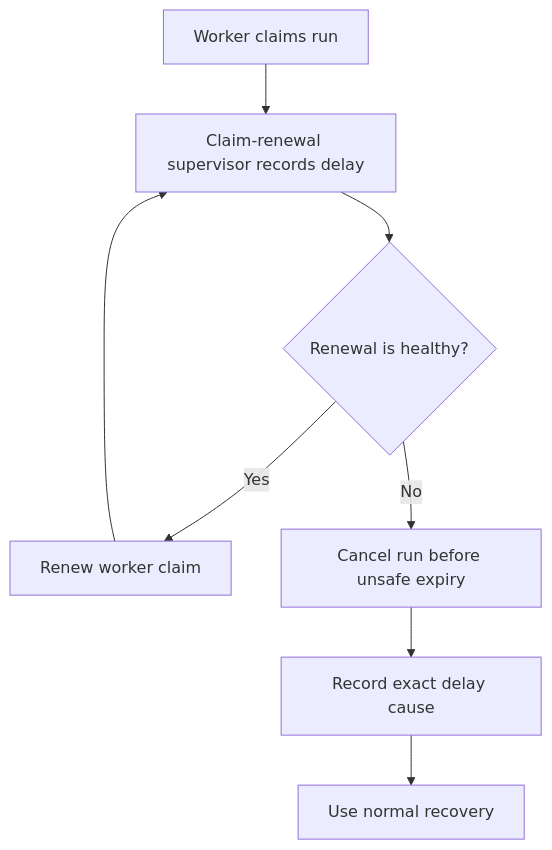
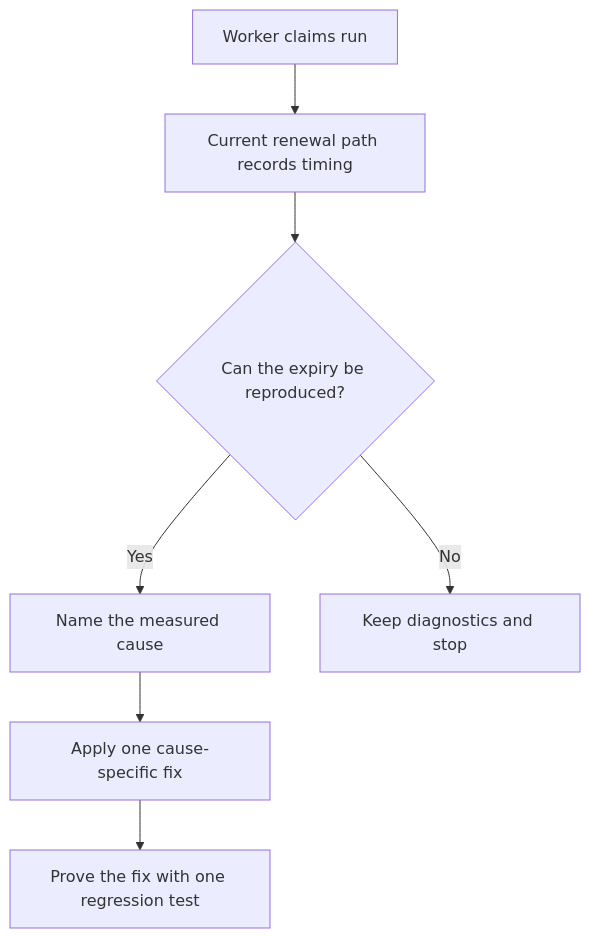
Before and after one commit to kpsuperplane/Noema: diagram 12 of 29 in docs/superpowers/plans/2026-08-08-noema-practical-reliability-roadmap.md, drawn with Mermaid. The commit also changed other lines of this file, not shown here.

Commit message:
docs: simplify reliability roadmap

````diff
--- a/docs/superpowers/plans/2026-08-08-noema-practical-reliability-roadmap.md
+++ b/docs/superpowers/plans/2026-08-08-noema-practical-reliability-roadmap.md
@@ -819,14 +650,14 @@
 ```mermaid
 flowchart TD
     A["Worker claims run"]
-    B["Claim-renewal supervisor records delay"]
-    C{"Renewal is healthy?"}
-    D["Renew worker claim"]
-    E["Cancel run before unsafe expiry"]
-    F["Record exact delay cause"]
-    G["Use normal recovery"]
+    B["Current renewal path records timing"]
+    C{"Can the expiry be reproduced?"}
+    D["Name the measured cause"]
+    E["Apply one cause-specific fix"]
+    F["Prove the fix with one regression test"]
+    G["Keep diagnostics and stop"]
 
     A --> B --> C
-    C -->|Yes| D --> B
-    C -->|No| E --> F --> G
+    C -->|Yes| D --> E --> F
+    C -->|No| G
 ```
````
